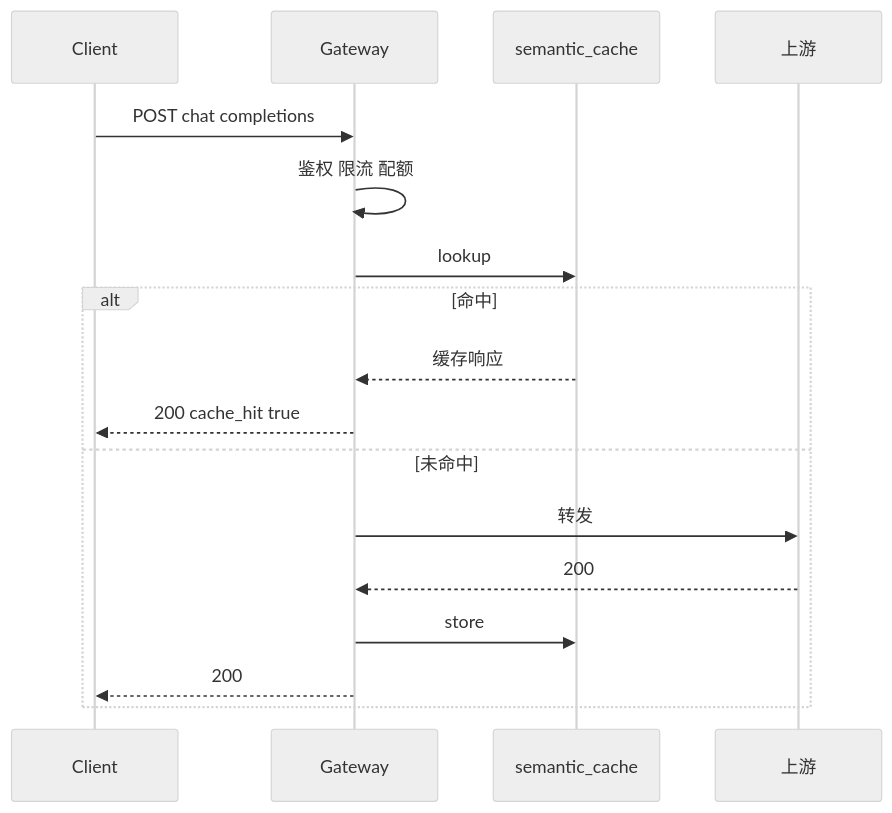
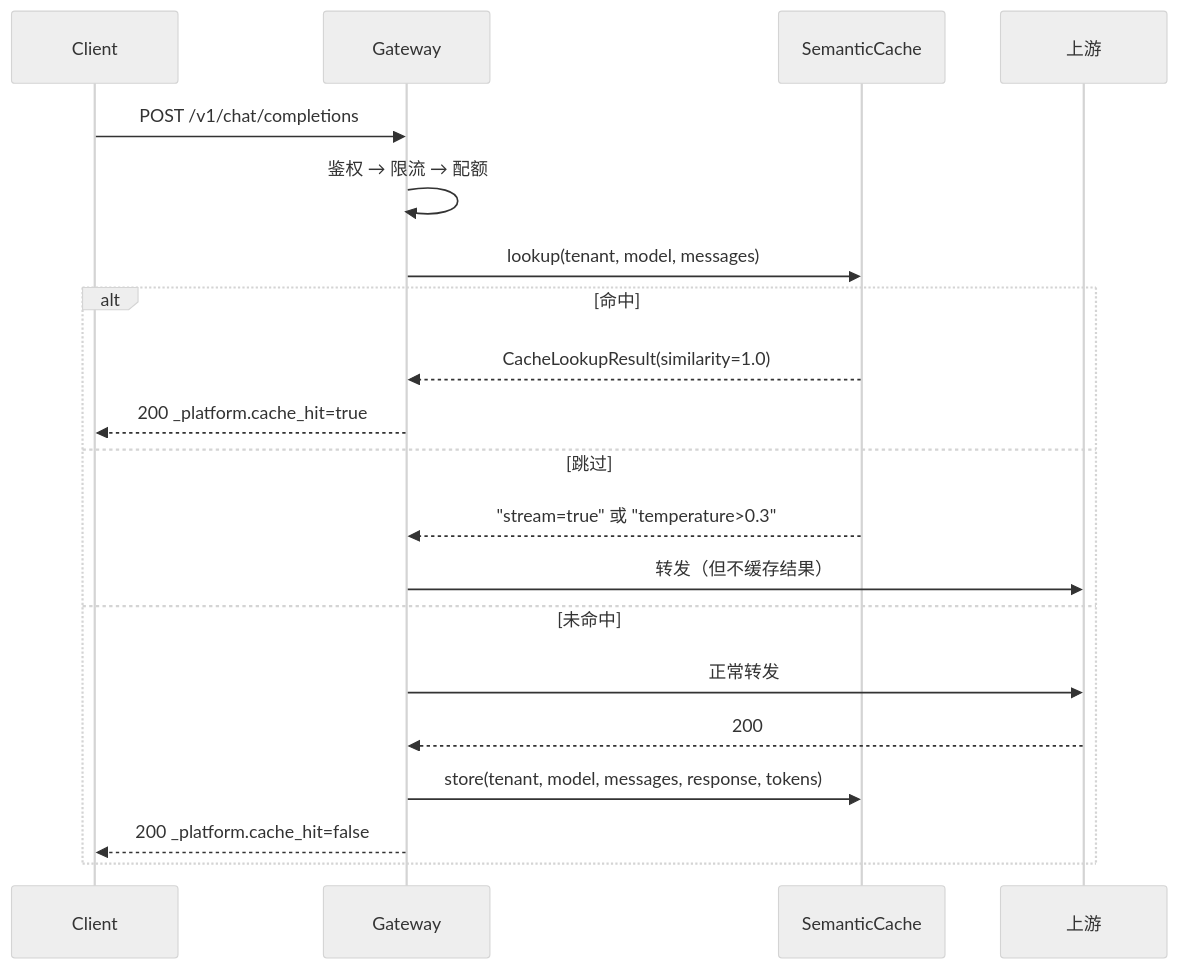
The first of 2 diagrams in docs/phase-g-build-and-code-guide.md (xingyun0812/ai-platform-lab), drawn with Mermaid (neutral theme) before and after one commit. The commit also changed other lines of this file and 10 other files, not shown here.

````diff
--- a/docs/phase-g-build-and-code-guide.md
+++ b/docs/phase-g-build-and-code-guide.md
@@ -35,20 +91,23 @@
 ```mermaid
 sequenceDiagram
   participant C as Client
   participant GW as Gateway
-  participant SC as semantic_cache
+  participant SC as SemanticCache
   participant LLM as 上游
 
-  C->>GW: POST chat completions
-  GW->>GW: 鉴权 限流 配额
-  GW->>SC: lookup
+  C->>GW: POST /v1/chat/completions
+  GW->>GW: 鉴权 → 限流 → 配额
+  GW->>SC: lookup(tenant, model, messages)
   alt 命中
-    SC-->>GW: 缓存响应
-    GW-->>C: 200 cache_hit true
+    SC-->>GW: CacheLookupResult(similarity=1.0)
+    GW-->>C: 200 _platform.cache_hit=true
+  else 跳过
+    SC-->>GW: "stream=true" 或 "temperature>0.3"
+    GW->>LLM: 转发（但不缓存结果）
   else 未命中
-    GW->>LLM: 转发
+    GW->>LLM: 正常转发
     LLM-->>GW: 200
-    GW->>SC: store
-    GW-->>C: 200
+    GW->>SC: store(tenant, model, messages, response, tokens)
+    GW-->>C: 200 _platform.cache_hit=false
   end
 ```
````
